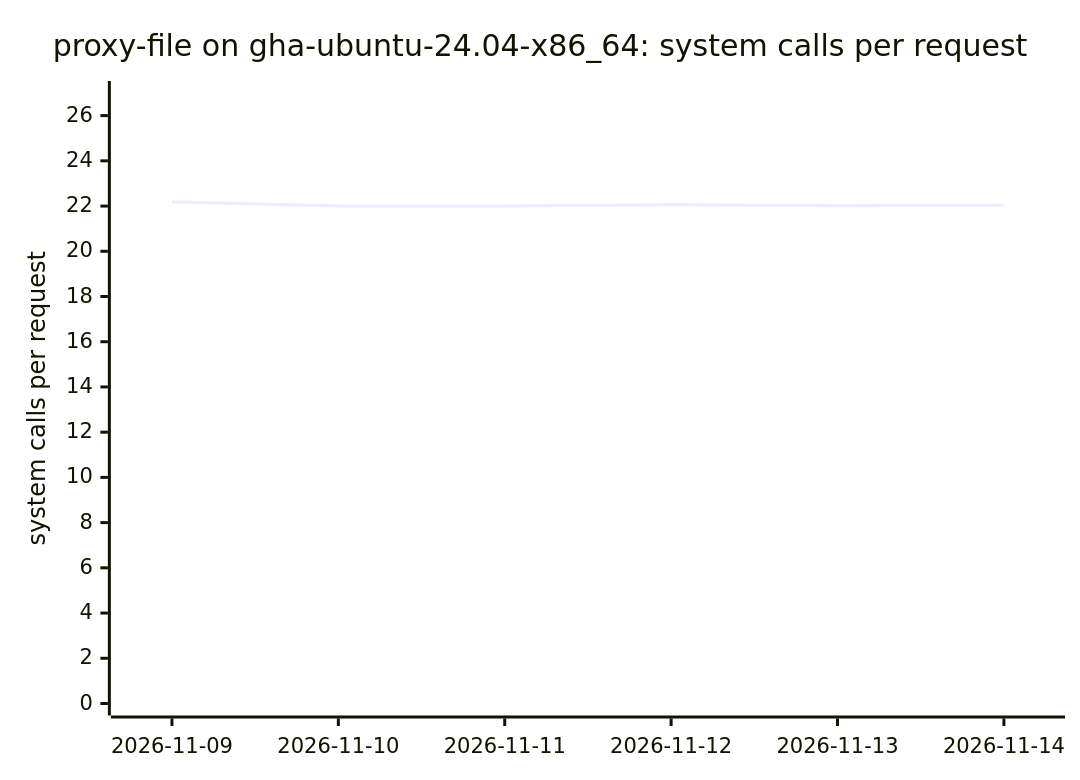
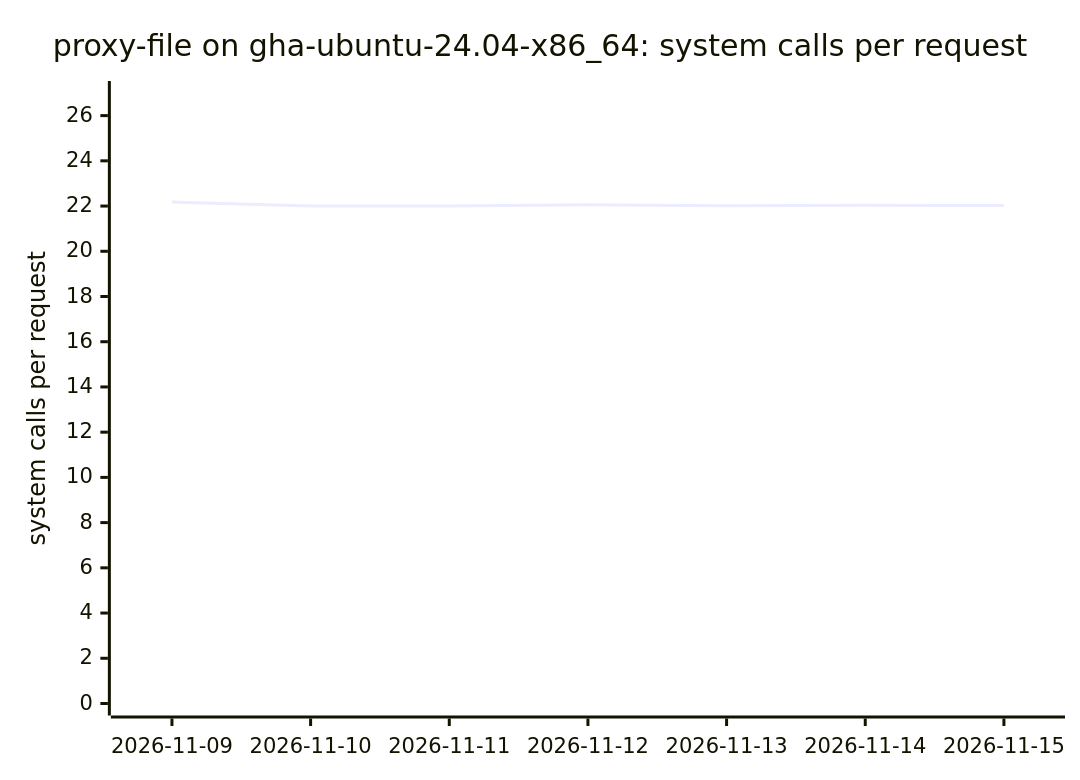
Before and after one commit to ThePixelPilgrim/durchlauferhitzer: diagram 16 of 18 in BENCHMARKS.md, drawn with Mermaid. The commit also changed other lines of this file and 1 other file, not shown here.

````diff
--- a/BENCHMARKS.md
+++ b/BENCHMARKS.md
@@ -178,7 +178,7 @@
 ```mermaid
 xychart-beta
   title "proxy-file on gha-ubuntu-24.04-x86_64: system calls per request"
-  x-axis ["2026-11-09", "2026-11-10", "2026-11-11", "2026-11-12", "2026-11-13", "2026-11-14"]
+  x-axis ["2026-11-09", "2026-11-10", "2026-11-11", "2026-11-12", "2026-11-13", "2026-11-14", "2026-11-15"]
   y-axis "system calls per request" 0 --> 27
-  line [22.18, 22.00, 22.00, 22.06, 22.01, 22.04]
+  line [22.18, 22.00, 22.00, 22.06, 22.01, 22.04, 22.02]
 ```
````
